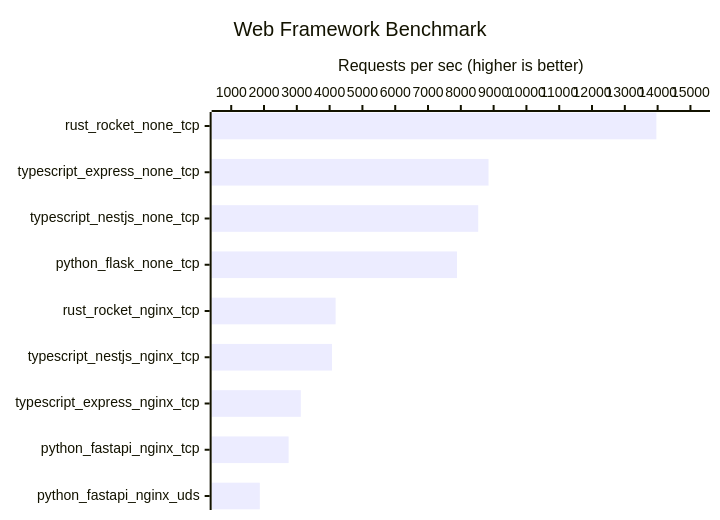
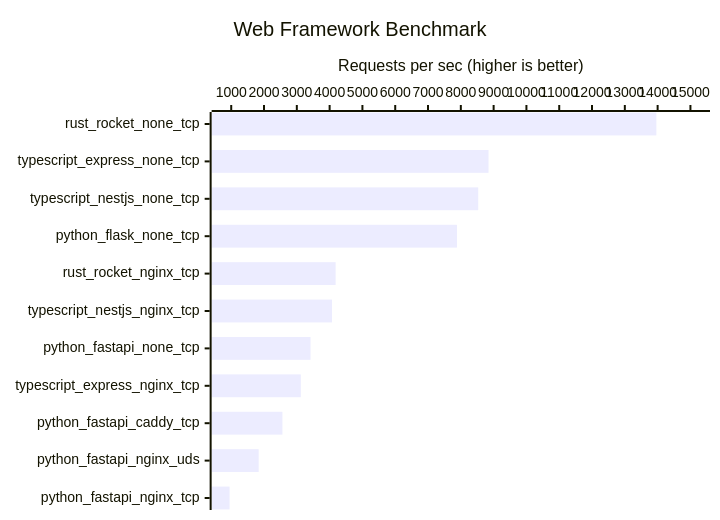
Before and after one commit to gsy0911/zenn-web-framework-comparison: the diagram in README.md, drawn with Mermaid. The commit also changed other lines of this file and 1 other file, not shown here.

````diff
--- a/README.md
+++ b/README.md
@@ -7,7 +7,7 @@
 ```mermaid
 xychart-beta horizontal
     title "Web Framework Benchmark"
-    x-axis [rust_rocket_none_tcp, typescript_express_none_tcp, typescript_nestjs_none_tcp, python_flask_none_tcp, rust_rocket_nginx_tcp, typescript_nestjs_nginx_tcp, typescript_express_nginx_tcp, python_fastapi_nginx_tcp, python_fastapi_nginx_uds]
+    x-axis [rust_rocket_none_tcp, typescript_express_none_tcp, typescript_nestjs_none_tcp, python_flask_none_tcp, rust_rocket_nginx_tcp, typescript_nestjs_nginx_tcp, python_fastapi_none_tcp, typescript_express_nginx_tcp, python_fastapi_caddy_tcp, python_fastapi_nginx_uds, python_fastapi_nginx_tcp]
     y-axis "Requests per sec (higher is better)" 1000 --> 15000
-    bar [13961, 8845, 8530, 7882, 4183, 4073, 3122, 2750, 1872]
+    bar [13961, 8845, 8530, 7882, 4183, 4073, 3417, 3122, 2561, 1837, 950]
 ```
````
